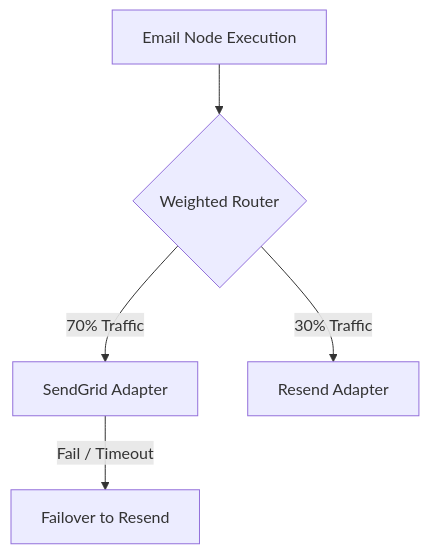
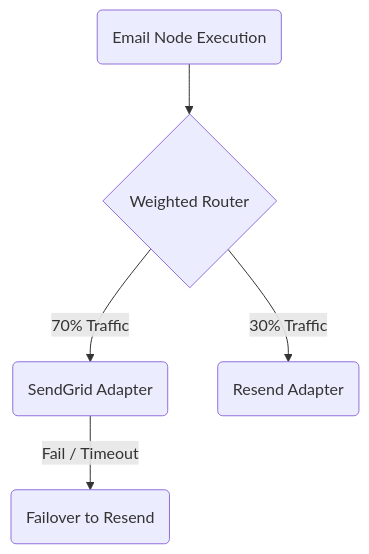
The diagram in content/docs/en/platform/concepts/byop.mdx (KriyanshKhunt/nexus_docs), drawn with Mermaid before and after one commit. The commit also changed 25 other files, not shown here.

Commit message:
Handle en Mermaid charts

````diff
--- a/content/docs/en/platform/concepts/byop.mdx
+++ b/content/docs/en/platform/concepts/byop.mdx
@@ -41,7 +41,7 @@
 ```mermaid
 flowchart TD
-    Trigger[Email Node Execution] --> Router{Weighted Router}
-    Router -->|70% Traffic| SG[SendGrid Adapter]
-    Router -->|30% Traffic| RS[Resend Adapter]
-    SG -->|Fail / Timeout| Fallback[Failover to Resend]
+    Trigger(Email Node Execution) --> Router{Weighted Router}
+    Router -->|70% Traffic| SG(SendGrid Adapter)
+    Router -->|30% Traffic| RS(Resend Adapter)
+    SG -->|Fail / Timeout| Fallback(Failover to Resend)
 ```
````
